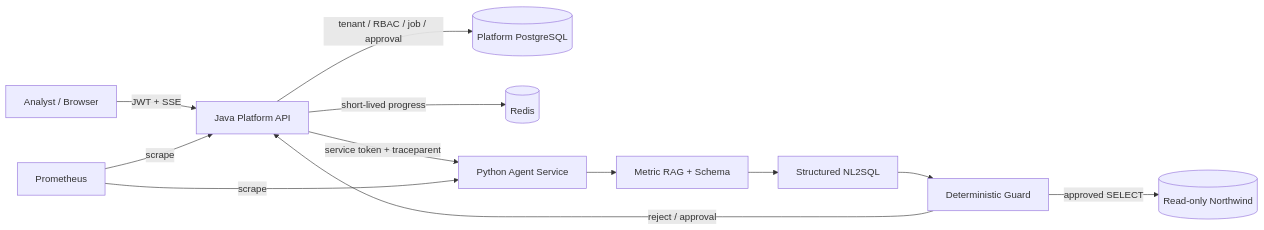
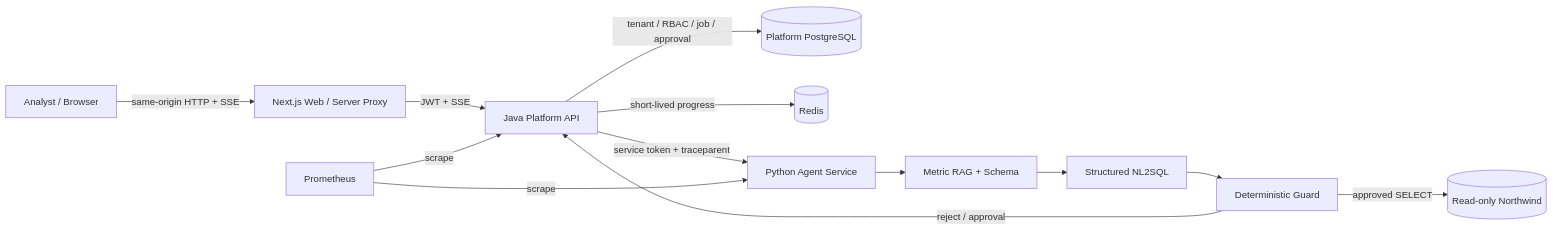
Before and after one commit to Colin781/enterprise-data-copilot: the first of 2 diagrams in README.md, drawn with Mermaid. The commit also changed other lines of this file and 100 other files, not shown here.

Commit message:
feat: complete enterprise RAG, GraphRAG, MCP and learning roadmap upgrades

````diff
--- a/README.md
+++ b/README.md
@@ -20,14 +22,15 @@
 ```mermaid
 flowchart LR
-    U[Analyst / Browser] -->|JWT + SSE| J[Java Platform API]
+    U[Analyst / Browser] -->|same-origin HTTP + SSE| W[Next.js Web / Server Proxy]
+    W -->|JWT + SSE| J[Java Platform API]
     J -->|tenant / RBAC / job / approval| PDB[(Platform PostgreSQL)]
     J -->|short-lived progress| R[(Redis)]
     J -->|service token + traceparent| P[Python Agent Service]
     P --> RET[Metric RAG + Schema]
     RET --> GEN[Structured NL2SQL]
     GEN --> G[Deterministic Guard]
     G -->|approved SELECT| BDB[(Read-only Northwind)]
     G -->|reject / approval| J
     M[Prometheus] -->|scrape| J
     M -->|scrape| P
 ```
````
